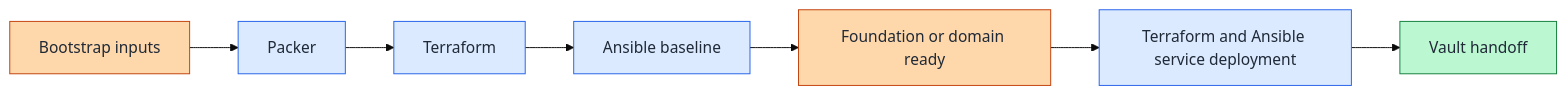
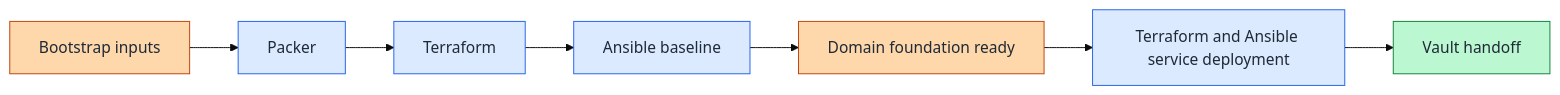
One commit to Rexus/homelab changed the second of 2 diagrams in docs/architecture/overview.md. Above: the diagram before and after it, drawn with Mermaid (base theme). The commit also changed other lines of this file and 17 other files, not shown here.

Commit message:
docs: update foundation and domain layer to domain foundation layer, update maturity path, and remove references to foundation or domain layer

````diff
--- a/docs/architecture/overview.md
+++ b/docs/architecture/overview.md
@@ -89,17 +90,17 @@
 ```mermaid
 flowchart LR
   A["Bootstrap inputs"] --> B["Packer"]
   B --> C["Terraform"]
   C --> D["Ansible baseline"]
-  D --> E["Foundation or domain ready"]
+  D --> E["Domain foundation ready"]
   E --> F["Terraform and Ansible service deployment"]
   F --> G["Vault handoff"]
 
   classDef mgmtNode fill:#fed7aa,stroke:#c2410c,color:#1f2937
   classDef buildNode fill:#dbeafe,stroke:#2563eb,color:#1f2937
   classDef vaultNode fill:#bbf7d0,stroke:#15803d,color:#1f2937
 
   class A,E mgmtNode
   class B,C,D,F buildNode
   class G vaultNode
 ```
````
